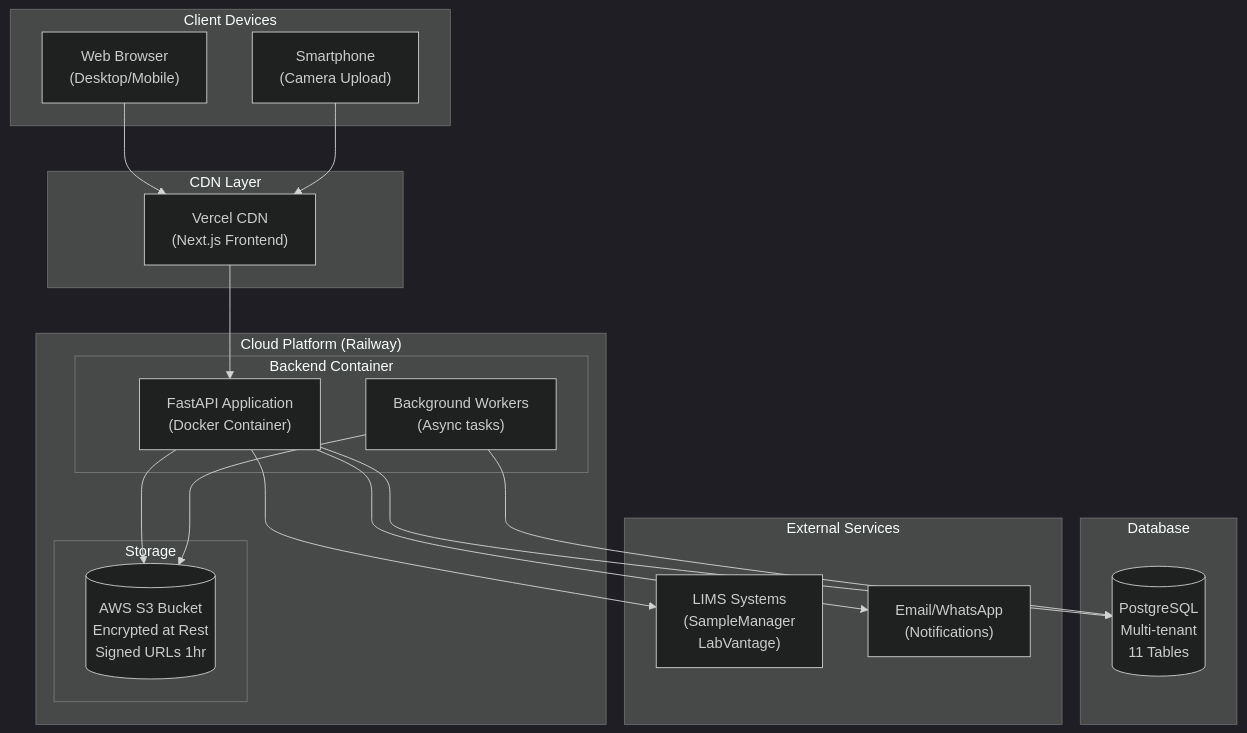
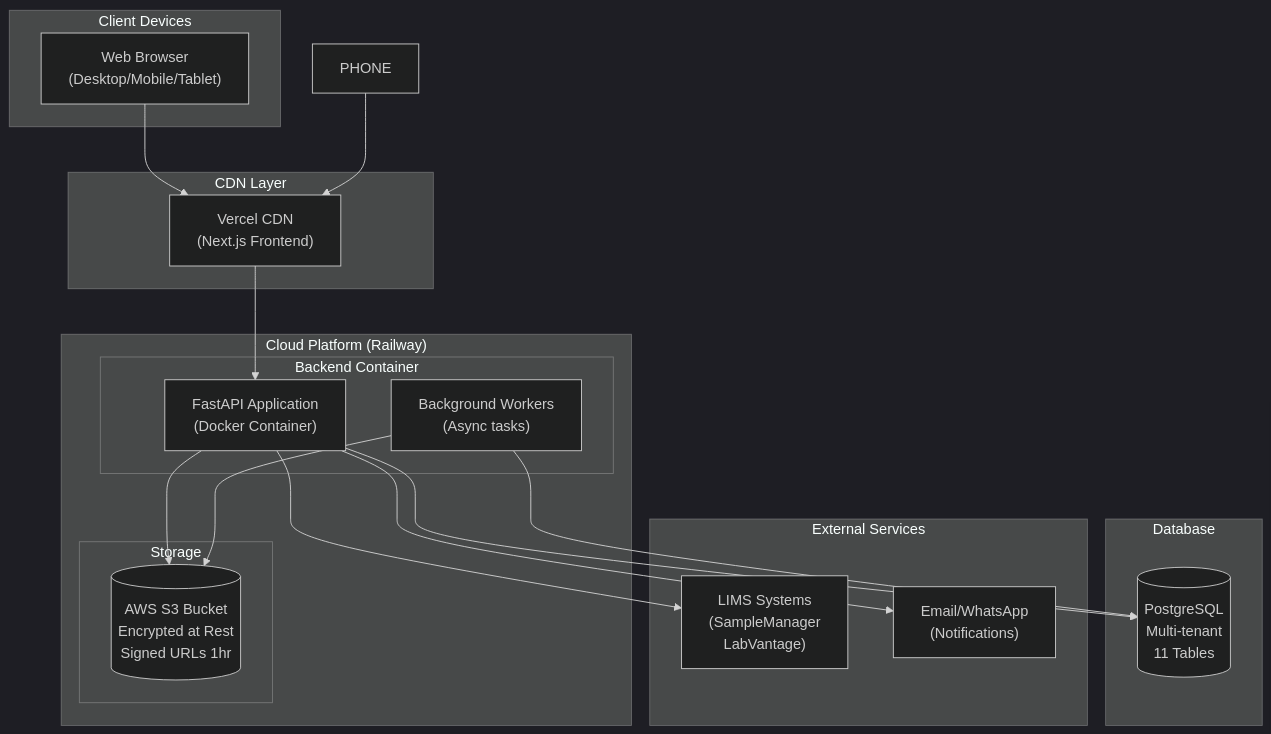
One commit to wi5nuu/colonyai changed the eighth of 8 diagrams in project-management/08-uml-architecture.md. Above: the diagram before and after it, drawn with Mermaid (dark theme). The commit also changed 1 other file, not shown here.

Commit message:
docs: remove all camera references from proposal and UML architecture

````diff
--- a/project-management/08-uml-architecture.md
+++ b/project-management/08-uml-architecture.md
@@ -720,40 +720,39 @@
 ```mermaid
 graph TB
     subgraph "Client Devices"
-        WEB["Web Browser\n(Desktop/Mobile)"]
-        PHONE["Smartphone\n(Camera Upload)"]
+        WEB["Web Browser\n(Desktop/Mobile/Tablet)"]
     end
 
     subgraph "CDN Layer"
         VERCEL["Vercel CDN\n(Next.js Frontend)"]
     end
 
     subgraph "Cloud Platform (Railway)"
         subgraph "Backend Container"
             FASTAPI["FastAPI Application\n(Docker Container)"]
             WORKER["Background Workers\n(Async tasks)"]
         end
         subgraph "Storage"
             S3[(AWS S3 Bucket\nEncrypted at Rest\nSigned URLs 1hr)]
         end
     end
 
     subgraph "Database"
         PG[(PostgreSQL\nMulti-tenant\n11 Tables)]
     end
 
     subgraph "External Services"
         LIMS["LIMS Systems\n(SampleManager\nLabVantage)"]
         SMTP["Email/WhatsApp\n(Notifications)"]
     end
 
     WEB --> VERCEL
     PHONE --> VERCEL
     VERCEL --> FASTAPI
     FASTAPI --> PG
     FASTAPI --> S3
     FASTAPI --> LIMS
     FASTAPI --> SMTP
     WORKER --> PG
     WORKER --> S3
 ```
````
